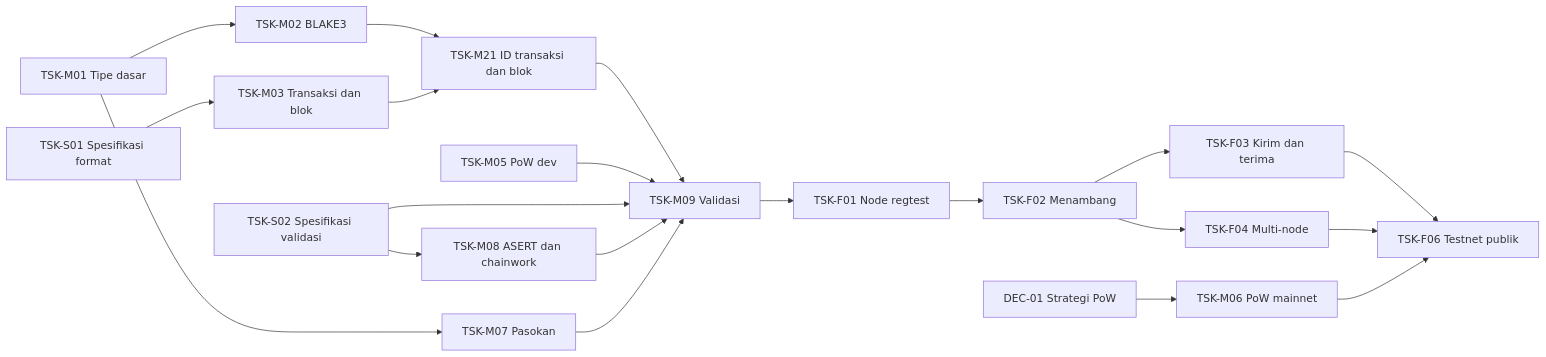
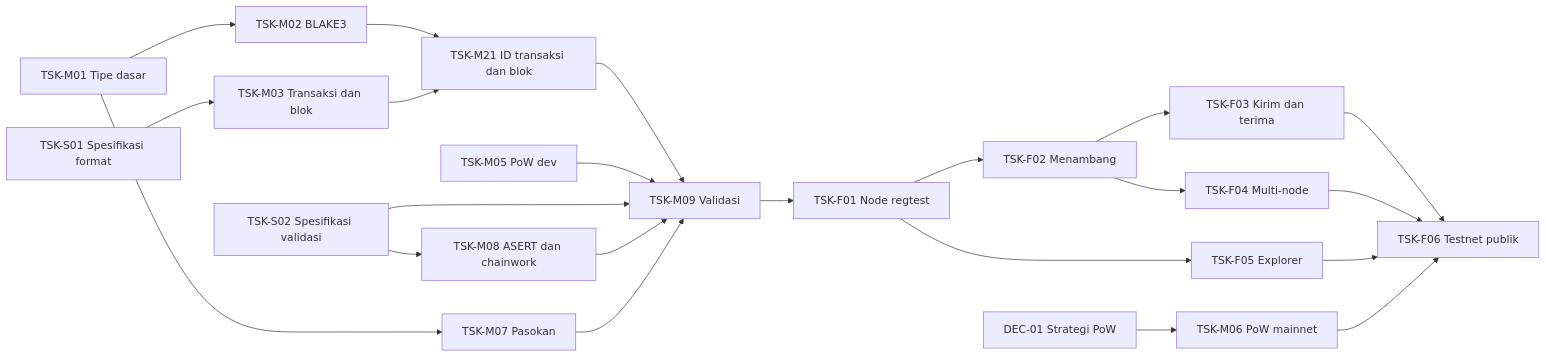
One commit to ratuaurion-dev/zevrigo changed the diagram in docs/tasks/README.md. Above: the diagram before and after it, drawn with Mermaid. The commit also changed other lines of this file and 11 other files, not shown here.

Commit message:
test(integration): FTR-05 explorer mengikuti node sungguhan lewat RPC, reorg, dan alokasi genesis (TSK-F05)

````diff
--- a/docs/tasks/README.md
+++ b/docs/tasks/README.md
@@ -87,22 +87,24 @@
 ```mermaid
 graph LR
   TSKM01[TSK-M01 Tipe dasar] --> TSKM02[TSK-M02 BLAKE3]
   TSKM01 --> TSKM07[TSK-M07 Pasokan]
   TSKS01[TSK-S01 Spesifikasi format] --> TSKM03[TSK-M03 Transaksi dan blok]
   TSKM02 --> TSKM21[TSK-M21 ID transaksi dan blok]
   TSKM03 --> TSKM21
   TSKM21 --> TSKM09[TSK-M09 Validasi]
   TSKM05[TSK-M05 PoW dev] --> TSKM09
   TSKS02[TSK-S02 Spesifikasi validasi] --> TSKM09
   TSKS02 --> TSKM08[TSK-M08 ASERT dan chainwork]
   TSKM08 --> TSKM09
   TSKM07 --> TSKM09
   TSKM09 --> TSKF01[TSK-F01 Node regtest]
   TSKF01 --> TSKF02[TSK-F02 Menambang]
   TSKF02 --> TSKF03[TSK-F03 Kirim dan terima]
   TSKF02 --> TSKF04[TSK-F04 Multi-node]
+  TSKF01 --> TSKF05[TSK-F05 Explorer]
   TSKF03 --> TSKF06[TSK-F06 Testnet publik]
   TSKF04 --> TSKF06
+  TSKF05 --> TSKF06
   DEC01[DEC-01 Strategi PoW] --> TSKM06[TSK-M06 PoW mainnet]
   TSKM06 --> TSKF06
 ```
````
